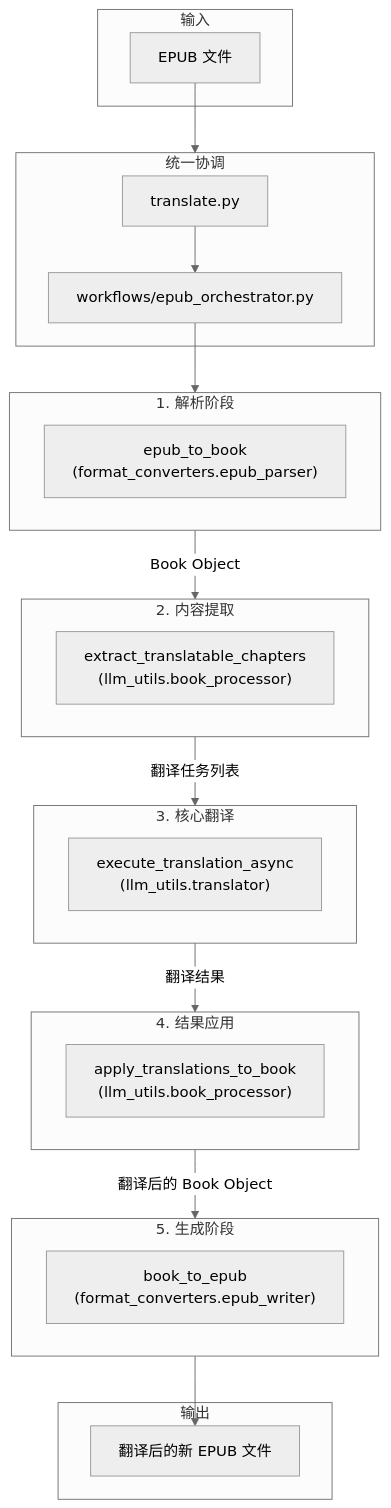
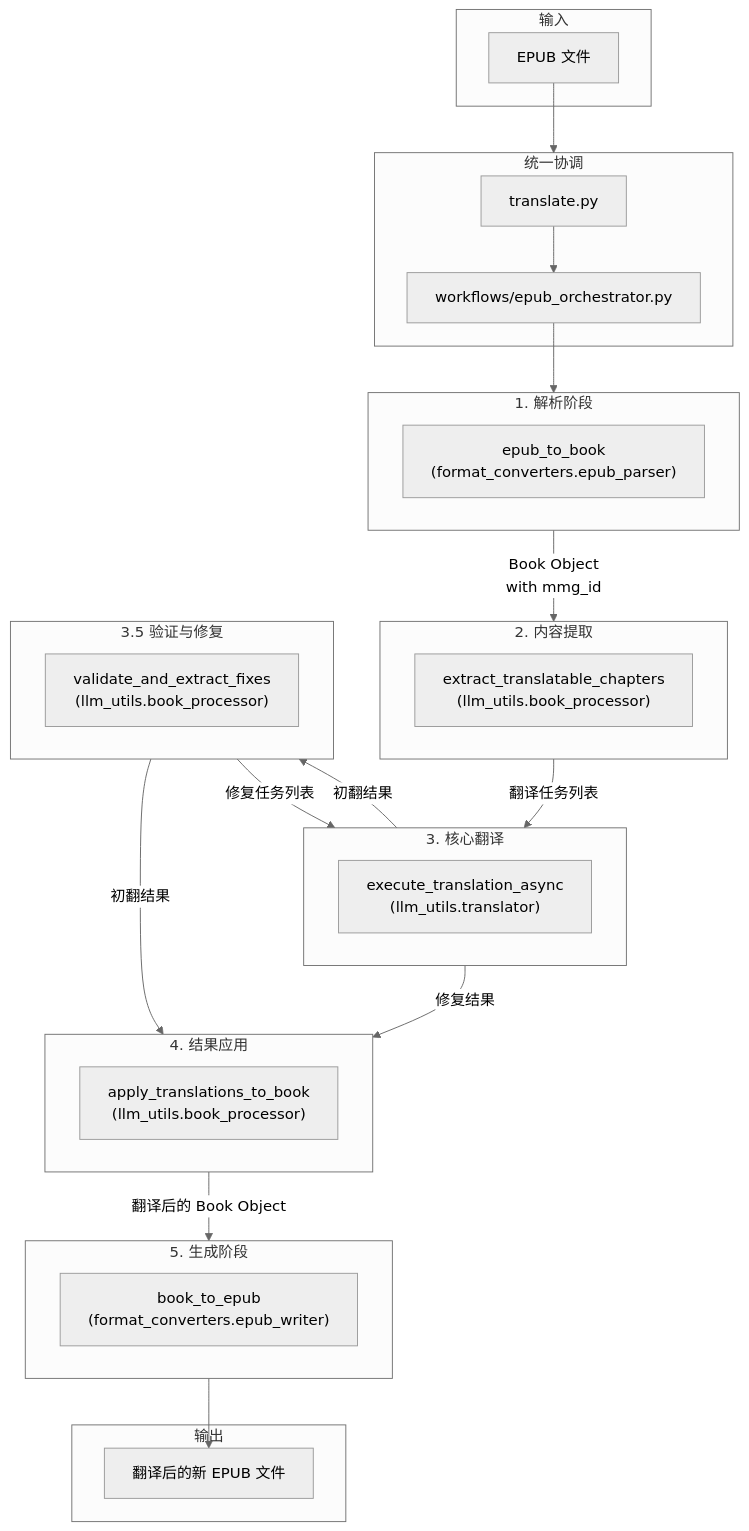
One commit to kuniyao/MultiMediaGenAI changed the diagram in docs/01_workflow_epub_translation.md. Above: the diagram before and after it, drawn with Mermaid (neutral theme). The commit also changed other lines of this file and 7 other files, not shown here.

````diff
--- a/docs/01_workflow_epub_translation.md
+++ b/docs/01_workflow_epub_translation.md
@@ -14,45 +14,56 @@
 ```mermaid
 graph TD;
     subgraph Input [输入]
         A[EPUB 文件]
     end
 
     subgraph Orchestration [统一协调]
         O1[translate.py]
         O2[workflows/epub_orchestrator.py]
     end
 
     subgraph Parsing [1. 解析阶段]
         direction LR
         B1["epub_to_book<br>(format_converters.epub_parser)"]
     end
 
     subgraph Extraction [2. 内容提取]
         direction LR
         C1["extract_translatable_chapters<br>(llm_utils.book_processor)"]
     end
     
     subgraph Translation [3. 核心翻译]
         direction LR
         D1["execute_translation_async<br>(llm_utils.translator)"]
     end
 
+    subgraph Validation [3.5 验证与修复]
+        direction LR
+        D2["validate_and_extract_fixes<br>(llm_utils.book_processor)"]
+    end
+
     subgraph Application [4. 结果应用]
         direction LR
         E1["apply_translations_to_book<br>(llm_utils.book_processor)"]
     end
 
     subgraph Writing [5. 生成阶段]
         direction LR
         F1["book_to_epub<br>(format_converters.epub_writer)"]
     end
 
     subgraph Output [输出]
         G[翻译后的新 EPUB 文件]
     end
 
     A --> Orchestration;
     O1 --> O2;
     O2 --> B1;
-    B1 -- Book Object --> C1 -- 翻译任务列表 --> D1 -- 翻译结果 --> E1 -- 翻译后的 Book Object --> F1 --> G;
+    B1 -- Book Object<br>with mmg_id --> C1 -- 翻译任务列表 --> D1;
+    D1 -- 初翻结果 --> D2;
+    D2 -- 修复任务列表 --> D1;
+    D1 -- 修复结果 --> E1;
+    D2 -- 初翻结果 --> E1;
+    E1 -- 翻译后的 Book Object --> F1;
+    F1 --> G;
 ```
````
